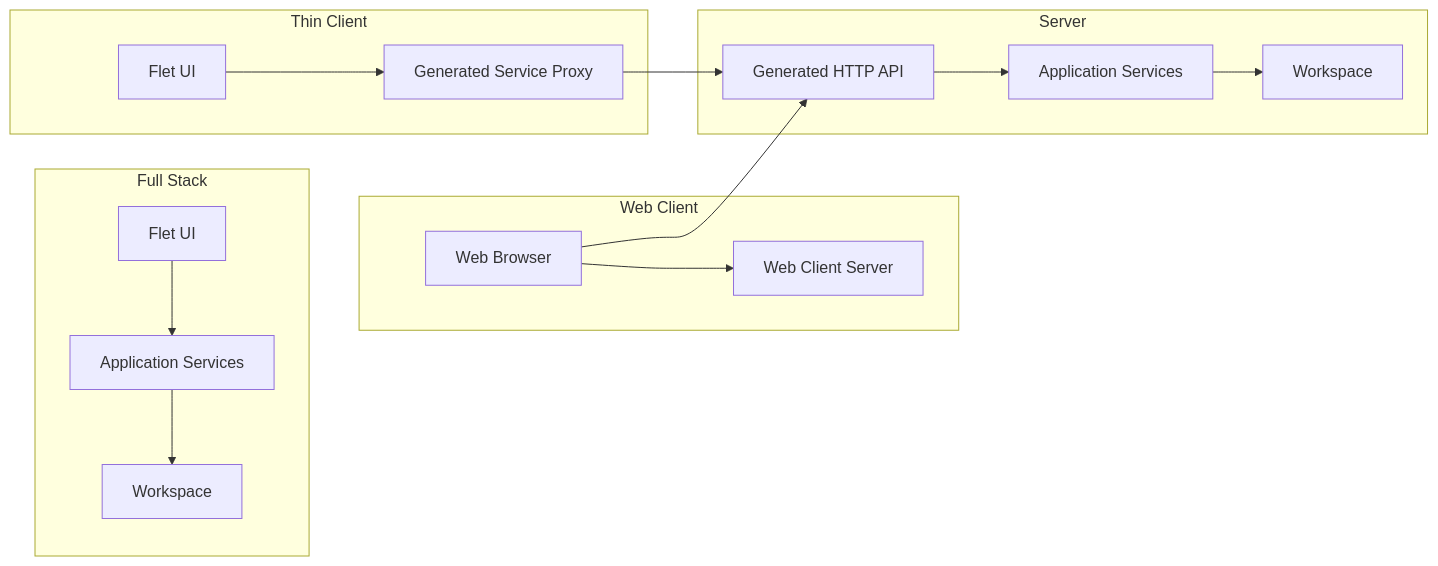
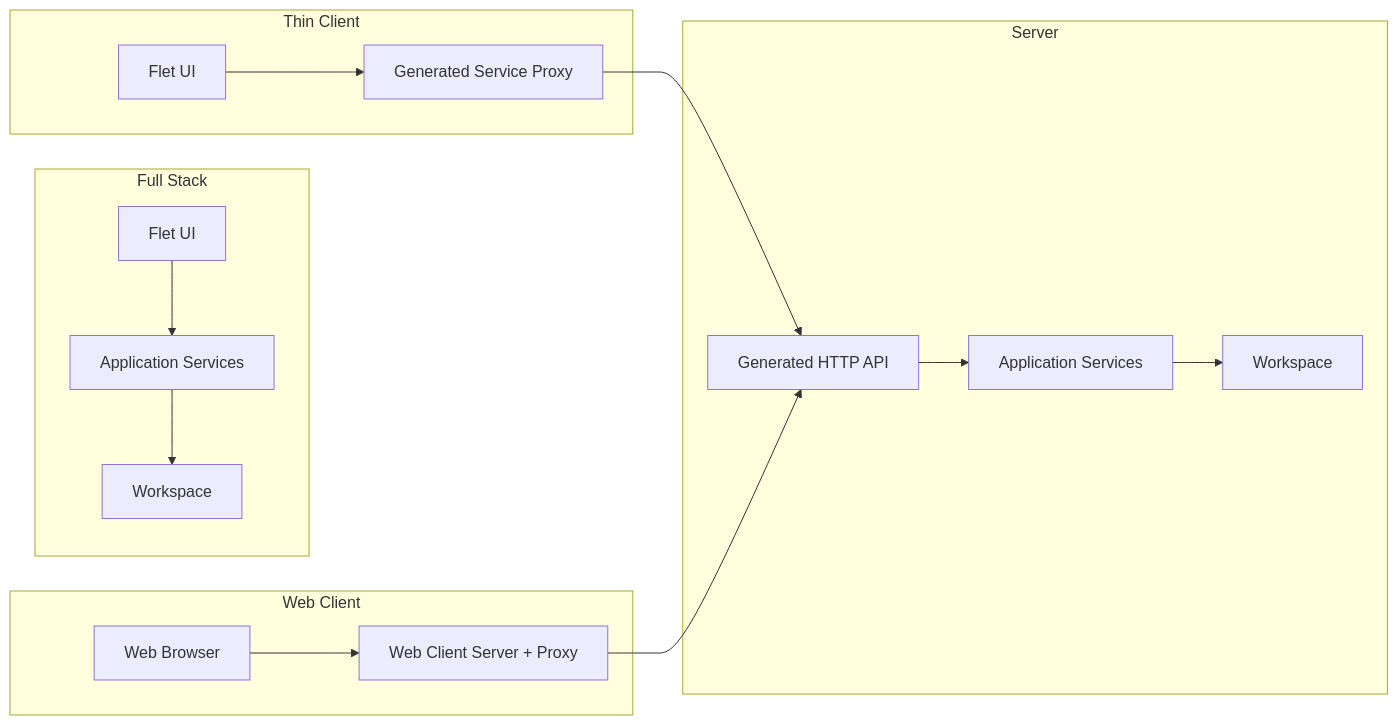
The diagram in README.md (svanschooten/Chronicler), drawn with Mermaid before and after one commit. The commit also changed other lines of this file, not shown here.

Commit message:
Refactor architecture diagram and workspace layout
Updated the architecture diagram and modified workspace structure.

````diff
--- a/README.md
+++ b/README.md
@@ -102,35 +102,35 @@
 ```mermaid
 flowchart LR
 
 subgraph Full Stack
     UI1[Flet UI]
     S1[Application Services]
     DB1[Workspace]
     UI1 --> S1
     S1 --> DB1
 end
 
-subgraph Thin Client
-    UI2[Flet UI]
-    Proxy[Generated Service Proxy]
-    UI2 --> Proxy
-end
-
-subgraph Web Client
-    Browser[Web Browser]
-    WS[Web Client Server]
-    Browser --> WS
-end
-
 subgraph Server
     API[Generated HTTP API]
     S2[Application Services]
     DB2[Workspace]
 
     API --> S2
     S2 --> DB2
 end
 
+subgraph Thin Client
+    UI2[Flet UI]
+    Proxy[Generated Service Proxy]
+    UI2 --> Proxy
+end
+
+subgraph Web Client
+    Browser[Web Browser]
+    WS[Web Client Server + Proxy]
+    Browser --> WS
+end
+
 Proxy --> API
-Browser --> API
+WS --> API
 ```
````
